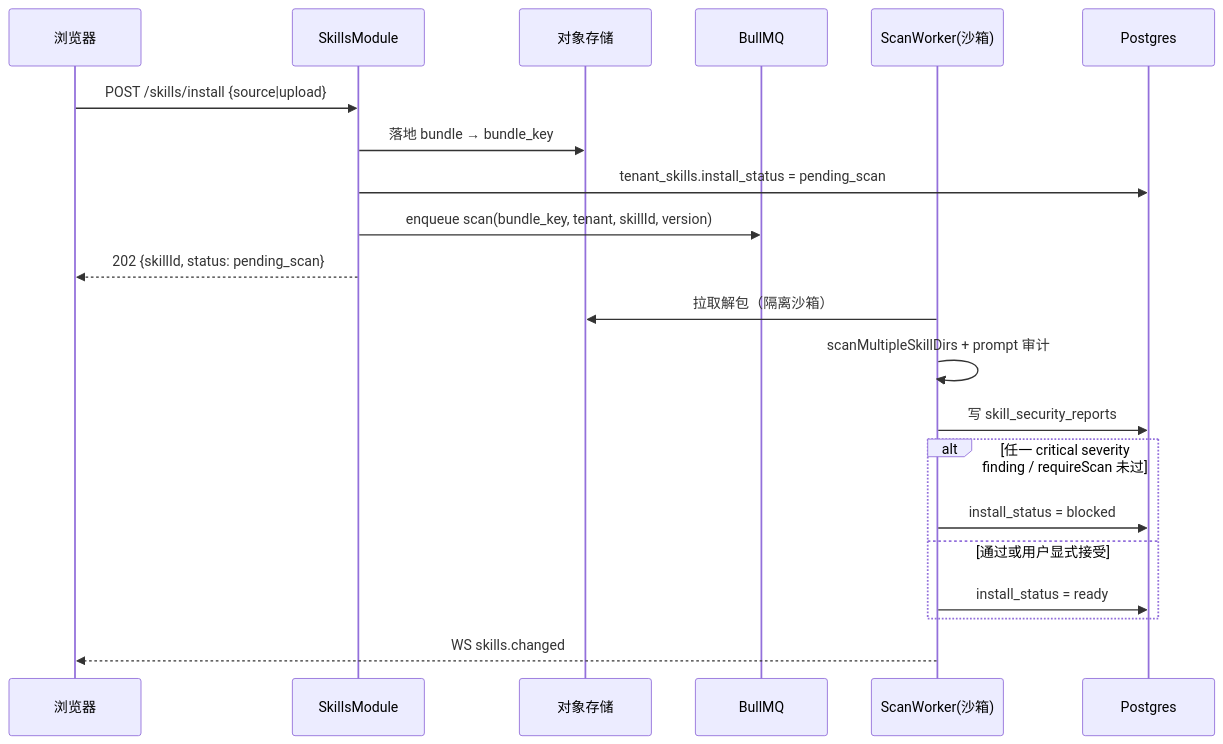
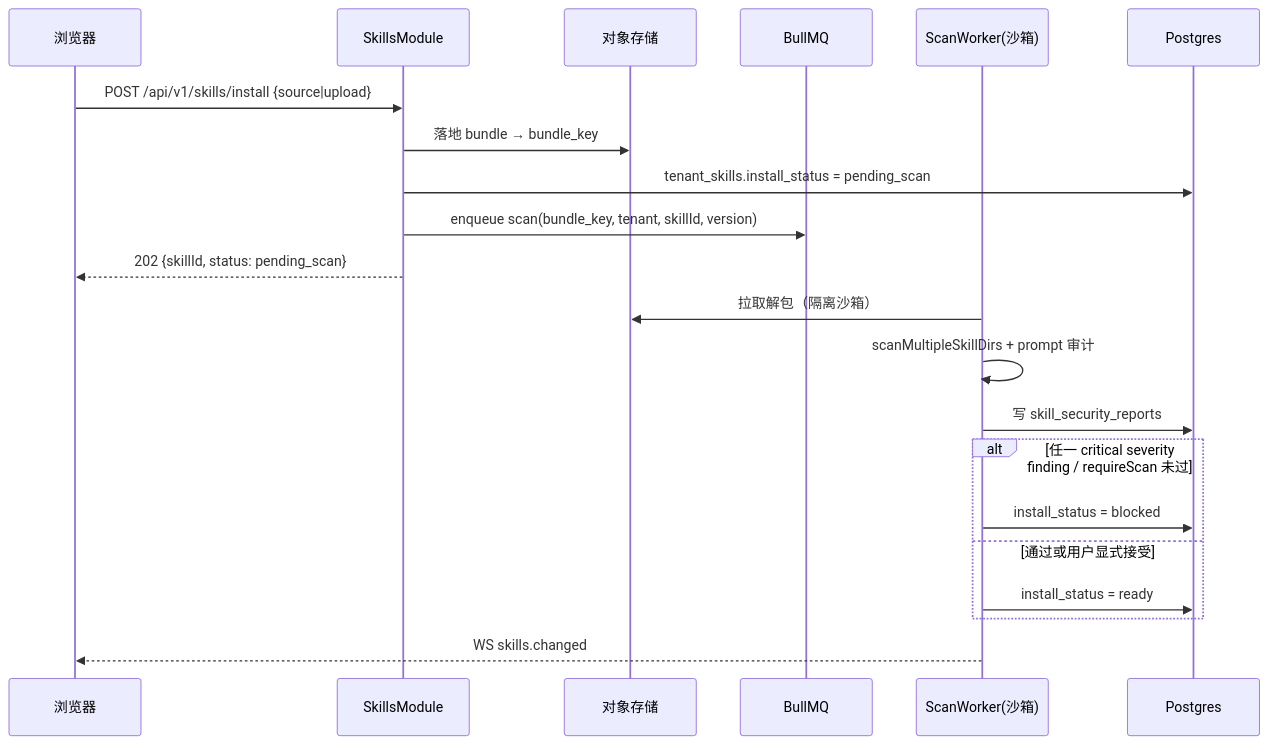
One commit to edward-ng-duke/LobsterAI changed the fifth of 6 diagrams in 改造计划/10-MCP与技能改造.md. Above: the diagram before and after it, drawn with Mermaid. The commit also changed other lines of this file and 27 other files, not shown here.

````diff
--- a/改造计划/10-MCP与技能改造.md
+++ b/改造计划/10-MCP与技能改造.md
@@ -445,24 +445,24 @@
 ```mermaid
 sequenceDiagram
   participant FE as 浏览器
   participant API as SkillsModule
   participant S3 as 对象存储
   participant Q as BullMQ
   participant W as ScanWorker(沙箱)
   participant PG as Postgres
 
-  FE->>API: POST /skills/install {source|upload}
+  FE->>API: POST /api/v1/skills/install {source|upload}
   API->>S3: 落地 bundle → bundle_key
   API->>PG: tenant_skills.install_status = pending_scan
   API->>Q: enqueue scan(bundle_key, tenant, skillId, version)
   API-->>FE: 202 {skillId, status: pending_scan}
   W->>S3: 拉取解包（隔离沙箱）
   W->>W: scanMultipleSkillDirs + prompt 审计
   W->>PG: 写 skill_security_reports
   alt 任一 critical severity finding / requireScan 未过
     W->>PG: install_status = blocked
   else 通过或用户显式接受
     W->>PG: install_status = ready
   end
   W-->>FE: WS skills.changed
 ```
````
